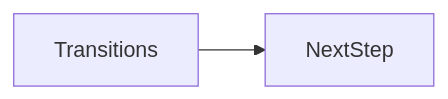
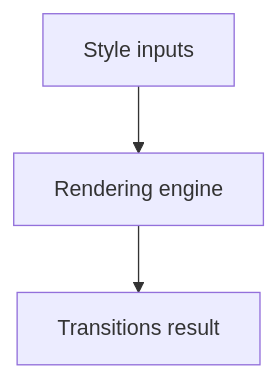
One commit to OmidJavaherii/Frontend-Engineering-Handbook changed the second of 2 diagrams in docs/en/05-css/transitions/index.md. Above: the diagram before and after it, drawn with Mermaid. The commit also changed other lines of this file and 461 other files, not shown here.

````diff
--- a/docs/en/05-css/transitions/index.md
+++ b/docs/en/05-css/transitions/index.md
@@ -95,4 +110,5 @@
 ```mermaid
-flowchart LR
-  concept[Transitions] --> nextStep[NextStep]
+flowchart TD
+  Input[Style inputs] --> Engine[Rendering engine]
+  Engine --> Out[Transitions result]
 ```
````
